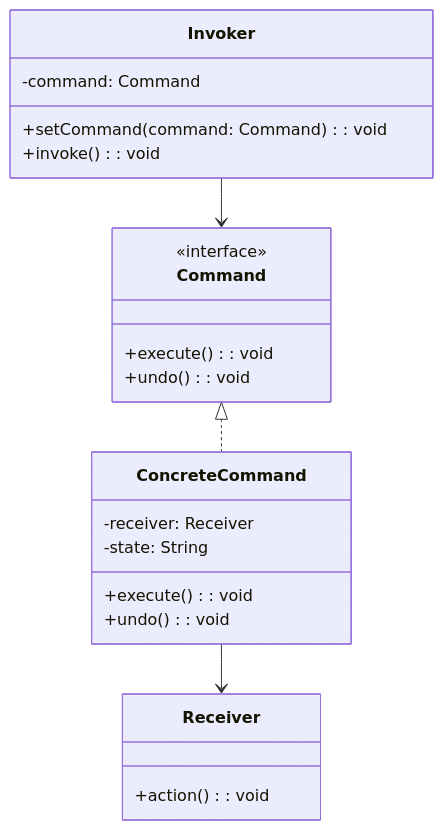
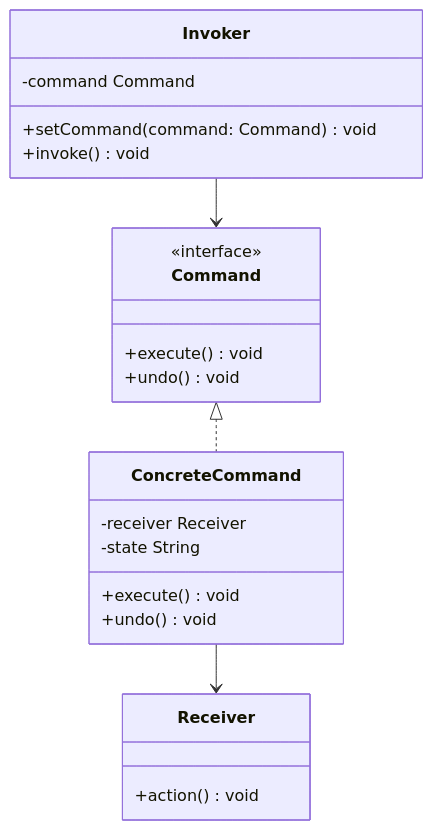
Before and after one commit to chihhung/Blog: diagram 20 of 29 in content/posts/教學/分析與設計/Design Pattern教學.md, drawn with Mermaid. The commit also changed other lines of this file and 5 other files, not shown here.

````diff
--- a/content/posts/教學/分析與設計/Design Pattern教學.md
+++ b/content/posts/教學/分析與設計/Design Pattern教學.md
@@ -4971,29 +4971,29 @@
 ```mermaid
 classDiagram
     class Command {
         <<interface>>
-        +execute(): void
-        +undo(): void
+        +execute() void
+        +undo() void
     }
     
     class ConcreteCommand {
-        -receiver: Receiver
-        -state: String
-        +execute(): void
-        +undo(): void
+        -receiver Receiver
+        -state String
+        +execute() void
+        +undo() void
     }
     
     class Receiver {
-        +action(): void
+        +action() void
     }
     
     class Invoker {
-        -command: Command
-        +setCommand(command: Command): void
-        +invoke(): void
+        -command Command
+        +setCommand(command: Command) void
+        +invoke() void
     }
     
     Command <|.. ConcreteCommand
     ConcreteCommand --> Receiver
     Invoker --> Command
 ```
````
